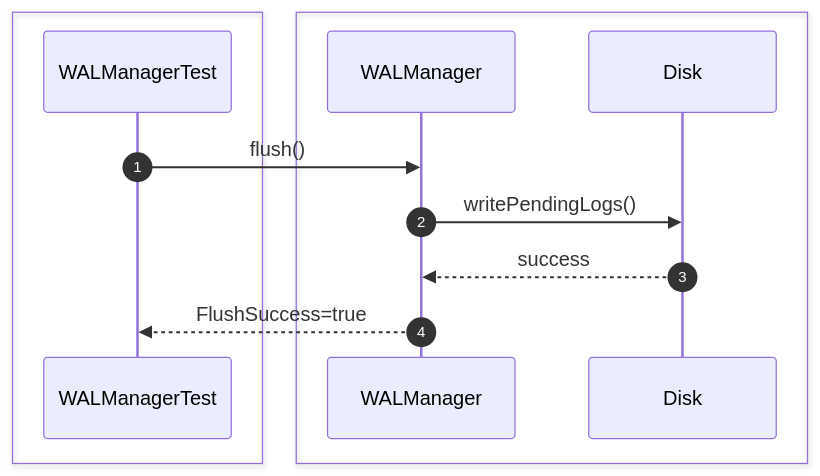
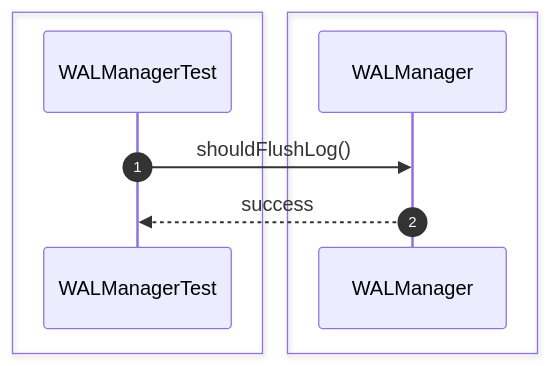
One commit to Huy1801214/dbms-architecture changed the second of 28 diagrams in src/sequence/recovery.md. Above: the diagram before and after it, drawn with Mermaid. The commit also changed other lines of this file and 68 other files, not shown here.

Commit message:
implement comprehensive unit test suite and architectural sequence documentation

````diff
--- a/src/sequence/recovery.md
+++ b/src/sequence/recovery.md
@@ -23,17 +21,13 @@
 ```mermaid
 sequenceDiagram
     autonumber
-
     box #e1f5fe Test Suite
     participant Test as WALManagerTest
     end
-    box #ffebee Recovery Components
-    participant WAL as WALManager
-    participant Disk as Disk
+    box #ffebee WALManager Component
+    participant WALM as WALManager
     end
 
-    Test->>WAL: flush()
-    WAL->>Disk: writePendingLogs()
-    Disk-->>WAL: success
-    WAL-->>Test: FlushSuccess=true
+    Test->>WALM: shouldFlushLog()
+    WALM-->>Test: success
 ```
````
